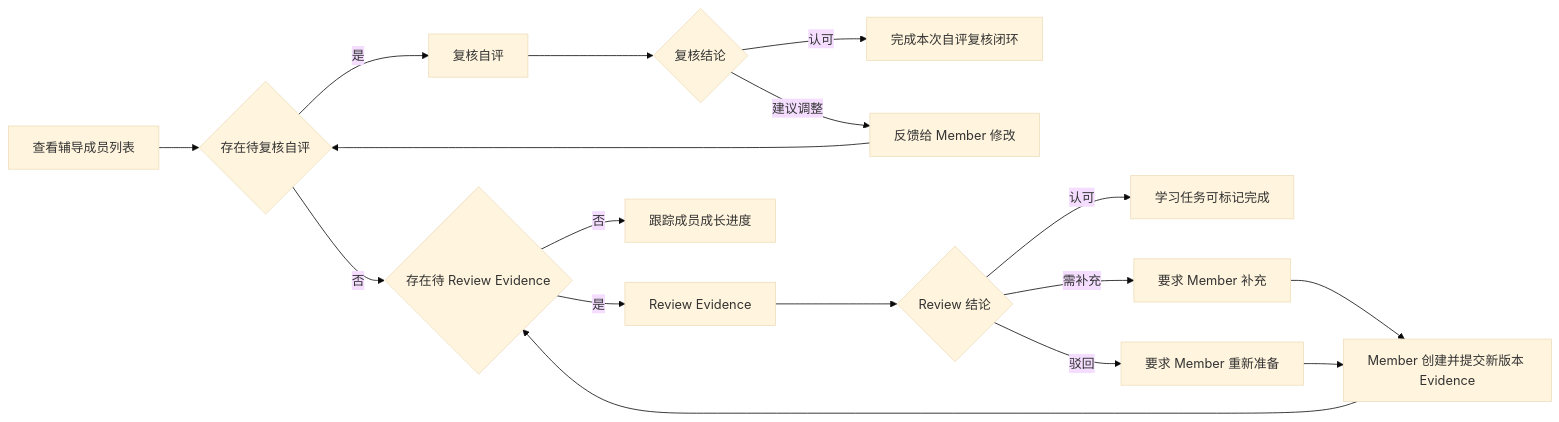
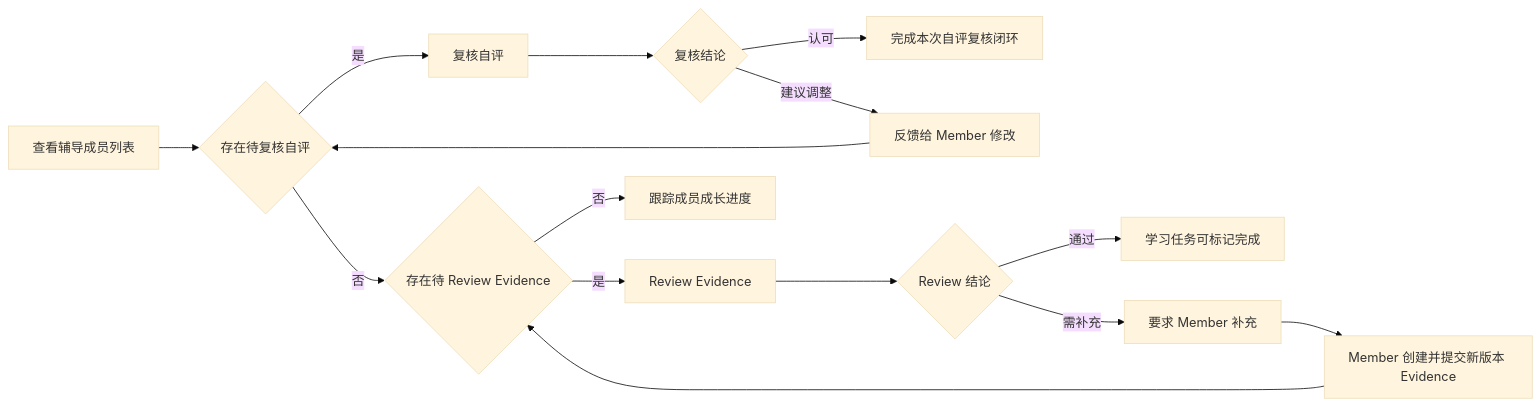
Before and after one commit to yinhui198456/team-capability-platform: the third of 11 diagrams in docs/02_Design.md, drawn with Mermaid (base theme). The commit also changed other lines of this file and 12 other files, not shown here.

````diff
--- a/docs/02_Design.md
+++ b/docs/02_Design.md
@@ -212,19 +211,17 @@
 ```mermaid
 flowchart LR
     A[查看辅导成员列表] --> B{存在待复核自评}
     B -->|是| C[复核自评]
     C --> D{复核结论}
     D -->|认可| E[完成本次自评复核闭环]
     D -->|建议调整| F[反馈给 Member 修改]
     F --> B
     B -->|否| G{存在待 Review Evidence}
     G -->|是| H[Review Evidence]
     H --> I{Review 结论}
-    I -->|认可| J[学习任务可标记完成]
+    I -->|通过| J[学习任务可标记完成]
     I -->|需补充| K[要求 Member 补充]
-    I -->|驳回| L[要求 Member 重新准备]
     K --> M[Member 创建并提交新版本 Evidence]
-    L --> M
     M --> G
     G -->|否| N[跟踪成员成长进度]
 ```
````
